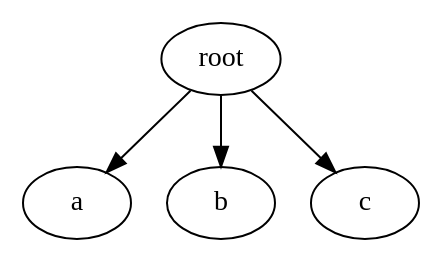
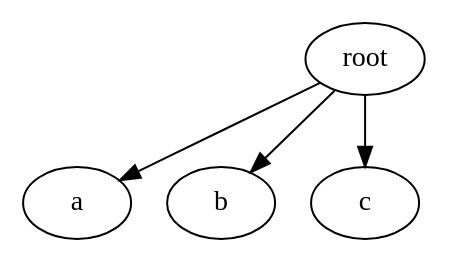
One commit to sisyphus1212/note changed diagram 15 of 15 in other/graphviz/tips.md. Above: the diagram before and after it, drawn with Graphviz.

Commit message:
auto_update

````diff
--- a/other/graphviz/tips.md
+++ b/other/graphviz/tips.md
@@ -304,7 +304,7 @@
 ```graphviz
 digraph {
   root -> a
   root -> b [weight=210]
-  root -> c [weight=3]
+  root -> c [weight=300]
 }
 ```
````
